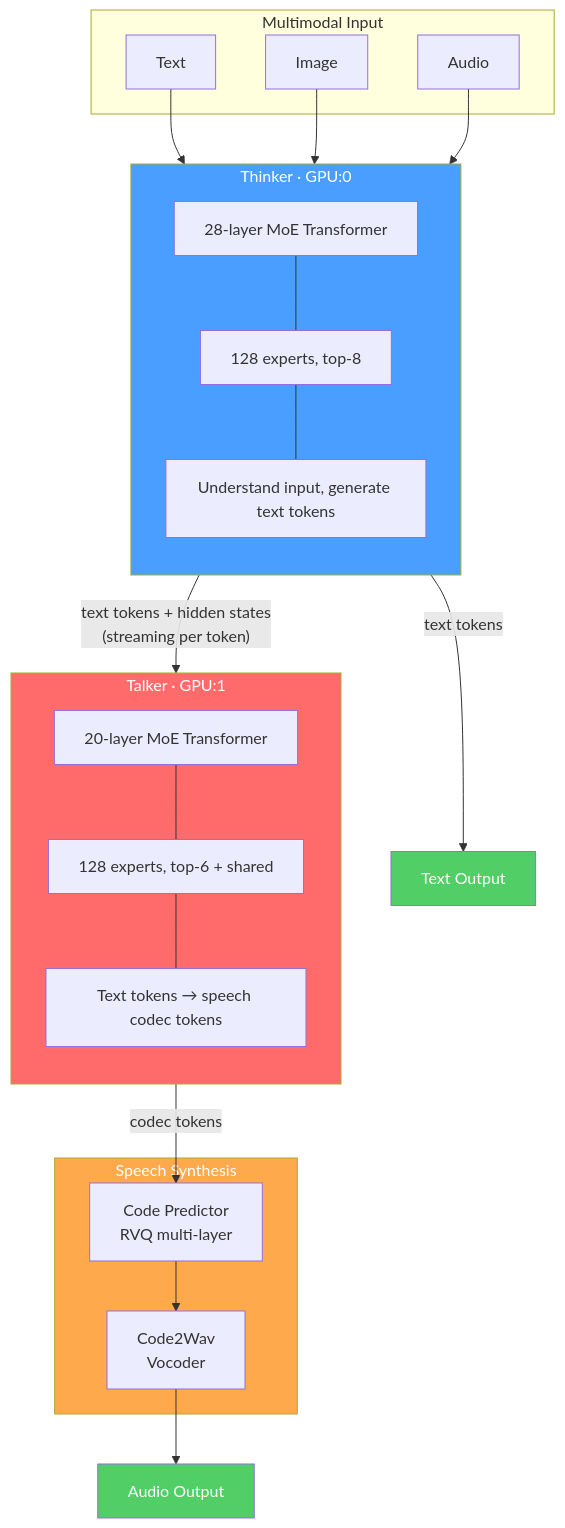
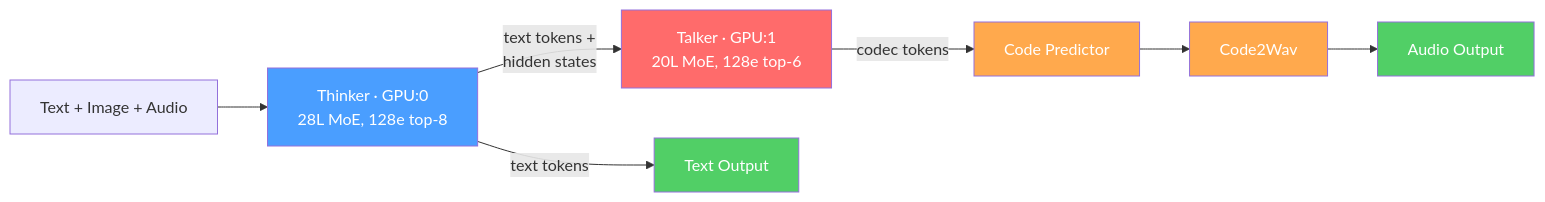
One commit to zhaochenyang20/Awesome-ML-SYS-Tutorial changed the first of 33 diagrams in sglang/sglang-omni/README.md. Above: the diagram before and after it, drawn with Mermaid. The commit also changed other lines of this file, not shown here.

First line of the commit message:
style: flatten all diagrams to avoid subgraph overlap issues

````diff
--- a/sglang/sglang-omni/README.md
+++ b/sglang/sglang-omni/README.md
@@ -46,42 +46,14 @@
 ```mermaid
-graph TB
-    subgraph Input["Multimodal Input"]
-        text["Text"]
-        img["Image"]
-        audio["Audio"]
-    end
-
-    subgraph Thinker["Thinker · GPU:0"]
-        direction TB
-        T1["28-layer MoE Transformer"]
-        T2["128 experts, top-8"]
-        T3["Understand input, generate text tokens"]
-        T1 --- T2 --- T3
-    end
-
-    subgraph Talker["Talker · GPU:1"]
-        direction TB
-        K1["20-layer MoE Transformer"]
-        K2["128 experts, top-6 + shared"]
-        K3["Text tokens → speech codec tokens"]
-        K1 --- K2 --- K3
-    end
-
-    subgraph SpeechPipeline["Speech Synthesis"]
-        CP["Code Predictor<br/>RVQ multi-layer"]
-        C2W["Code2Wav<br/>Vocoder"]
-        CP --> C2W
-    end
-
-    text & img & audio --> Thinker
-    Thinker -- "text tokens + hidden states<br/>(streaming per token)" --> Talker
+graph LR
+    Input["Text + Image + Audio"] --> Thinker["Thinker · GPU:0<br/>28L MoE, 128e top-8"]
+    Thinker -- "text tokens +<br/>hidden states" --> Talker["Talker · GPU:1<br/>20L MoE, 128e top-6"]
     Thinker -- "text tokens" --> TextOut["Text Output"]
-    Talker -- "codec tokens" --> CP
-    C2W --> AudioOut["Audio Output"]
+    Talker -- "codec tokens" --> CP["Code Predictor"] --> C2W["Code2Wav"] --> AudioOut["Audio Output"]
 
     style Thinker fill:#4a9eff,color:#fff
     style Talker fill:#ff6b6b,color:#fff
-    style SpeechPipeline fill:#ffa94d,color:#fff
+    style CP fill:#ffa94d,color:#fff
+    style C2W fill:#ffa94d,color:#fff
     style TextOut fill:#51cf66,color:#fff
     style AudioOut fill:#51cf66,color:#fff
 ```
````
